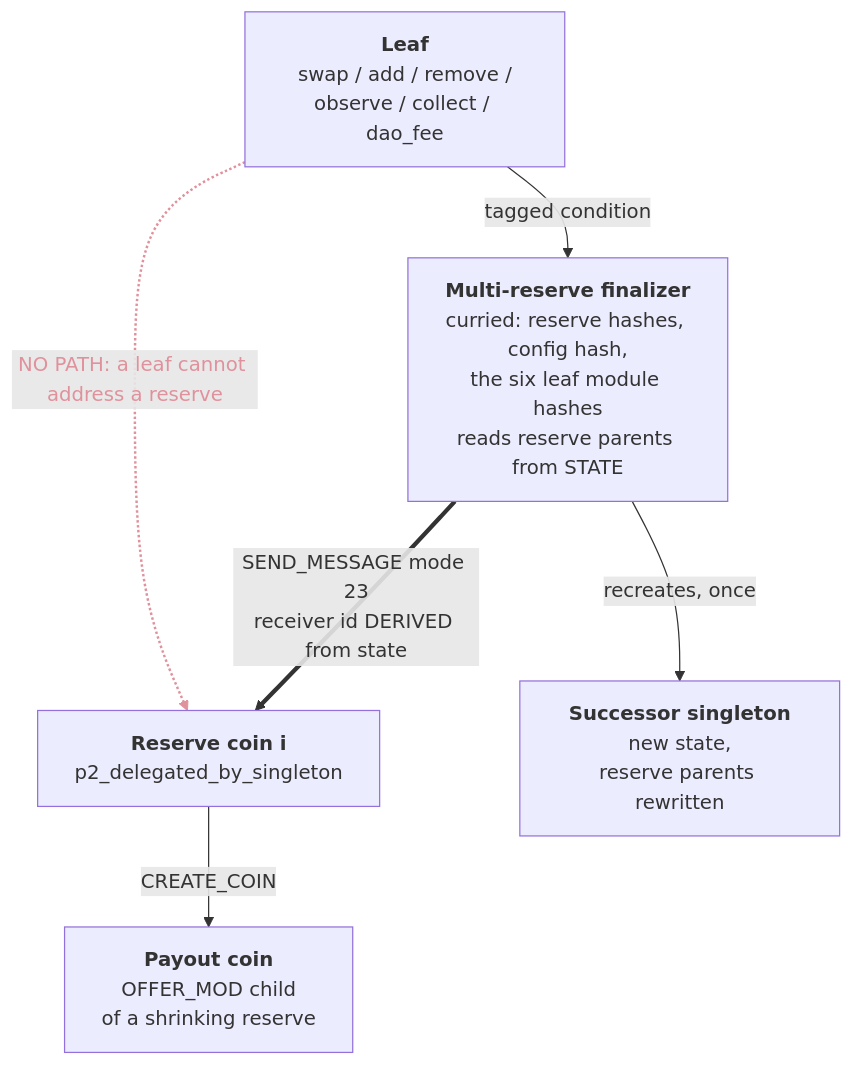
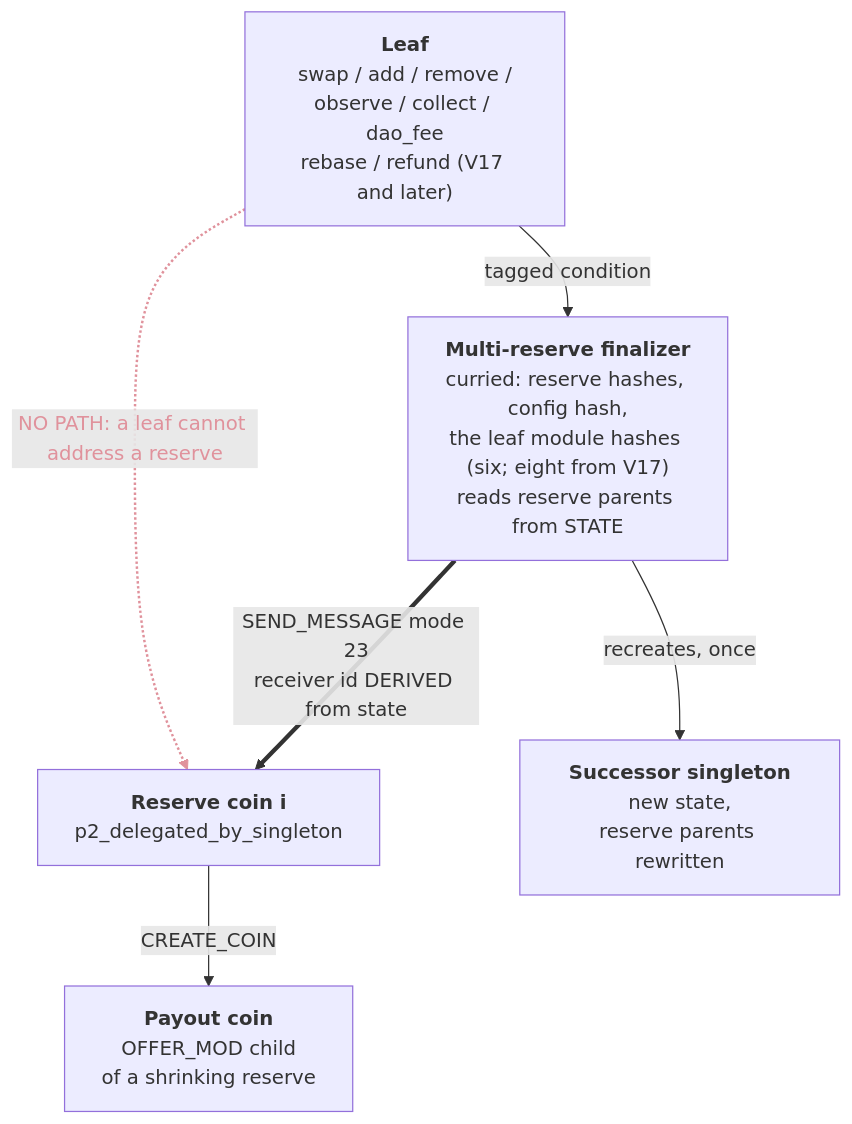
Before and after one commit to awizardxch/forge-puzzles: the diagram in docs/chip/assets/chip-0062/pool-spend.mmd, drawn with Mermaid. The commit also changed 73 other files, not shown here.

```diff
--- a/docs/chip/assets/chip-0062/pool-spend.mmd
+++ b/docs/chip/assets/chip-0062/pool-spend.mmd
@@ -1,14 +1,14 @@
 flowchart TB
-    LEAF["<b>Leaf</b><br/>swap / add / remove /<br/>observe / collect / dao_fee"]
-    FIN["<b>Multi-reserve finalizer</b><br/>curried: reserve hashes, config hash,<br/>the six leaf module hashes<br/>reads reserve parents from STATE"]
+    LEAF["<b>Leaf</b><br/>swap / add / remove /<br/>observe / collect / dao_fee<br/>rebase / refund (V17 and later)"]
+    FIN["<b>Multi-reserve finalizer</b><br/>curried: reserve hashes, config hash,<br/>the leaf module hashes (six; eight from V17)<br/>reads reserve parents from STATE"]
     RES["<b>Reserve coin i</b><br/>p2_delegated_by_singleton"]
     SUCC["<b>Successor singleton</b><br/>new state,<br/>reserve parents rewritten"]
     PAY["<b>Payout coin</b><br/>OFFER_MOD child<br/>of a shrinking reserve"]
 
     LEAF -->|"tagged condition"| FIN
     FIN ==>|"SEND_MESSAGE mode 23<br/>receiver id DERIVED from state"| RES
     FIN -->|"recreates, once"| SUCC
     RES -->|"CREATE_COIN"| PAY
     LEAF -.->|"NO PATH: a leaf cannot address a reserve"| RES
 
     linkStyle 4 stroke:#e0929c,stroke-width:2px,color:#e0929c
```
